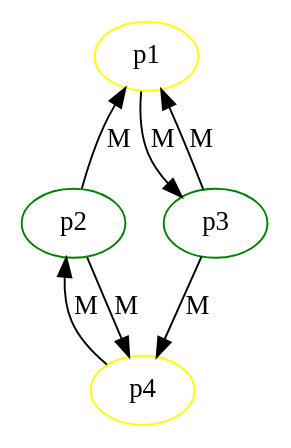
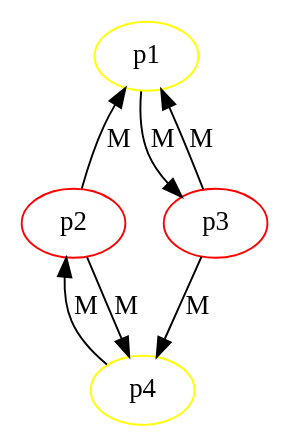
One commit to evnu/apuvs changed the diagram in src/a_6/doc/graphviz/example5.dot. Above: the diagram before and after it, drawn with Graphviz. The commit also changed 1 other file, not shown here.

```diff
--- a/src/a_6/doc/graphviz/example5.dot
+++ b/src/a_6/doc/graphviz/example5.dot
@@ -1,18 +1,17 @@
 graph G {
 /*
     5. part of the example
-    green processes send markers
+    red processes send markers on all channels
     yellow processes wait for secondary markers
-    blue lines are new ones
 */
     p1 [color="yellow"];
     p4 [color="yellow"];
-    p2 [color="green"];
-    p3 [color="green"];
+    p2 [color="red"];
+    p3 [color="red"];
     p1 -- p2 [dir=back, label="M"]
     p1 -- p3 [dir=forward, label="M"]
     p3 -- p1 [dir=forward, label="M"]
     p2 -- p4 [dir=back, label="M"]
     p2 -- p4 [dir=forward, label="M"]
     p3 -- p4 [dir=forward, label="M"]
 }
```
